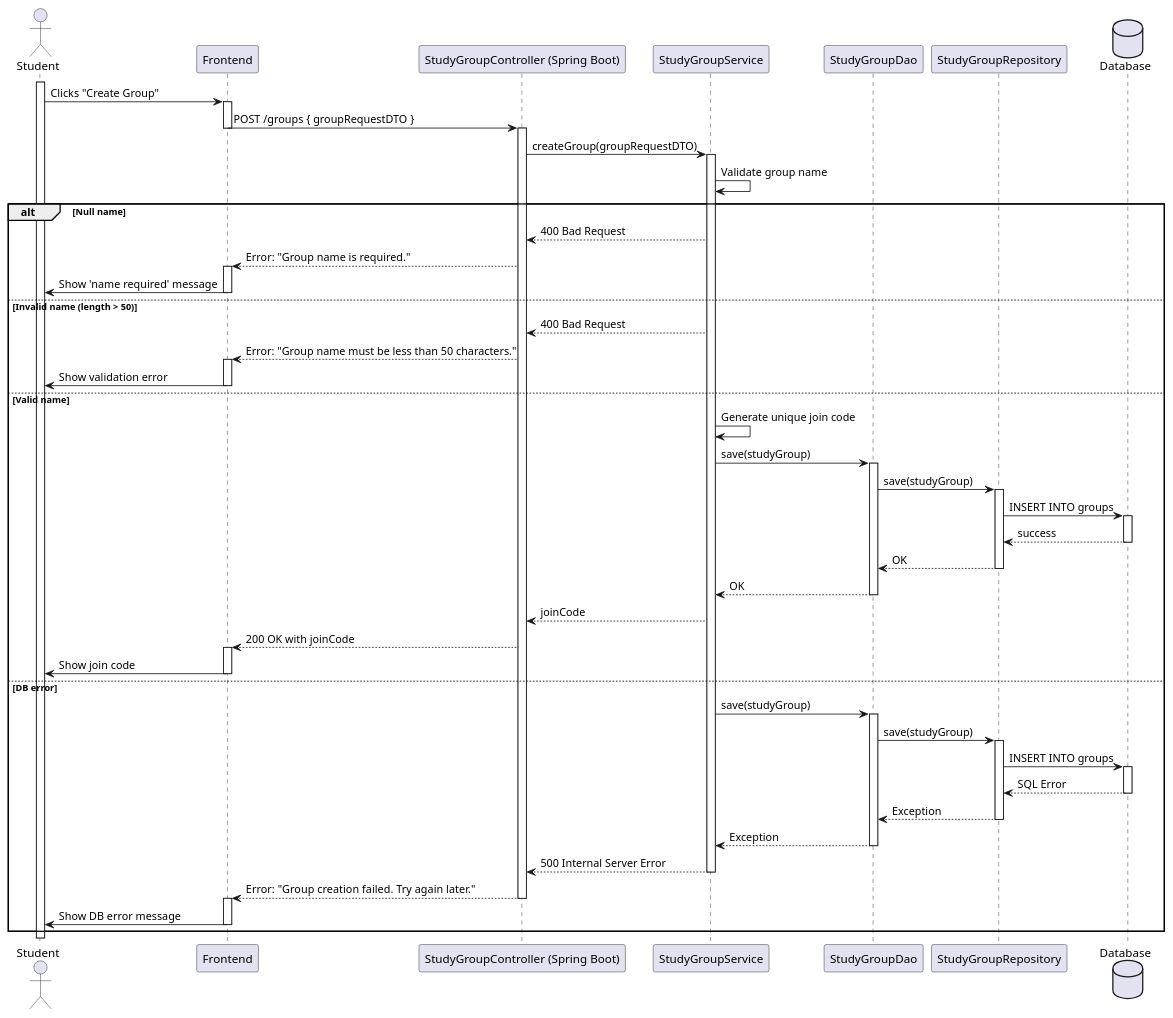
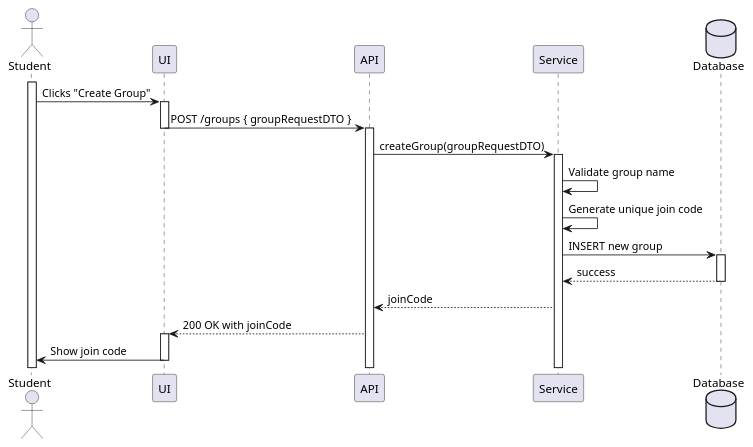
The diagram in sequence/p2/create-group.puml (keerati5003/PlanMate-Diagram), drawn with PlantUML before and after one commit. The commit also changed 6 other files, not shown here.

```diff
--- a/sequence/p2/create-group.puml
+++ b/sequence/p2/create-group.puml
@@ -1,88 +1,32 @@
 @startuml
 actor Student
-participant "Frontend" as FE
-participant "StudyGroupController (Spring Boot)" as C
-participant "StudyGroupService" as S
-participant "StudyGroupDao" as D
-participant "StudyGroupRepository" as R
+participant "UI" as FE
+participant "API" as C
+participant "Service" as S
 database "Database" as DB
 
 activate Student
 Student -> FE : Clicks "Create Group"
 activate FE
 
 FE -> C : POST /groups { groupRequestDTO }
 deactivate FE
 activate C
 
 C -> S : createGroup(groupRequestDTO)
 activate S
 
 S -> S : Validate group name
-alt Null name
-    S --> C : 400 Bad Request
-    C --> FE : Error: "Group name is required."
-    activate FE
-    FE -> Student : Show 'name required' message
-    deactivate FE
-else Invalid name (length > 50)
-    S --> C : 400 Bad Request
-    C --> FE : Error: "Group name must be less than 50 characters."
-    activate FE
-    FE -> Student : Show validation error
-    deactivate FE
-else Valid name
-    S -> S : Generate unique join code
+S -> S : Generate unique join code
 
-    S -> D : save(studyGroup)
-    activate D
+S -> DB : INSERT new group
+activate DB
+DB --> S : success
+deactivate DB
 
-    D -> R : save(studyGroup)
-    activate R
-
-    R -> DB : INSERT INTO groups
-    activate DB
-    DB --> R : success
-    deactivate DB
-
-    R --> D : OK
-    deactivate R
-
-    D --> S : OK
-    deactivate D
-
-    S --> C : joinCode
-
-    C --> FE : 200 OK with joinCode
-    activate FE
-    FE -> Student : Show join code
-    deactivate FE
-else DB error
-    S -> D : save(studyGroup)
-    activate D
-
-    D -> R : save(studyGroup)
-    activate R
-
-    R -> DB : INSERT INTO groups
-    activate DB
-    DB --> R : SQL Error
-    deactivate DB
-
-    R --> D : Exception
-    deactivate R
-
-    D --> S : Exception
-    deactivate D
-
-    S --> C : 500 Internal Server Error
-    deactivate S
-
-    C --> FE : Error: "Group creation failed. Try again later."
-    deactivate C
-    activate FE
-    FE -> Student : Show DB error message
-    deactivate FE
-end
-
+S --> C : joinCode
+C --> FE : 200 OK with joinCode
+activate FE
+FE -> Student : Show join code
+deactivate FE
 @enduml
```
